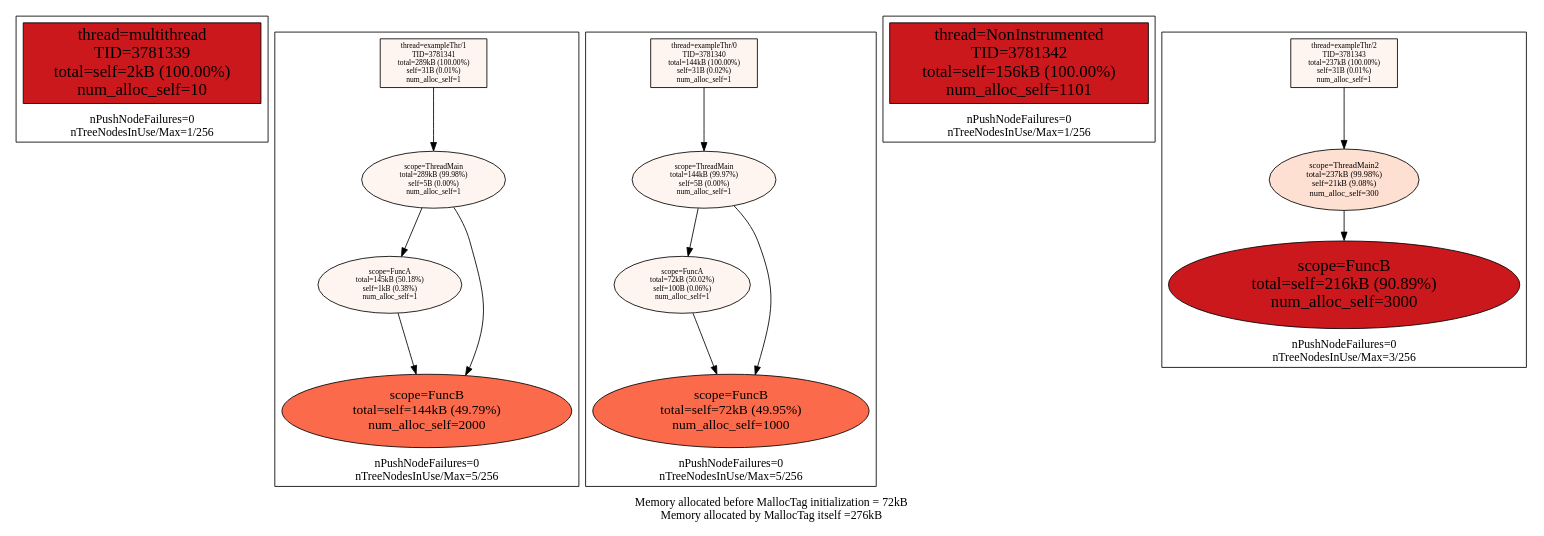
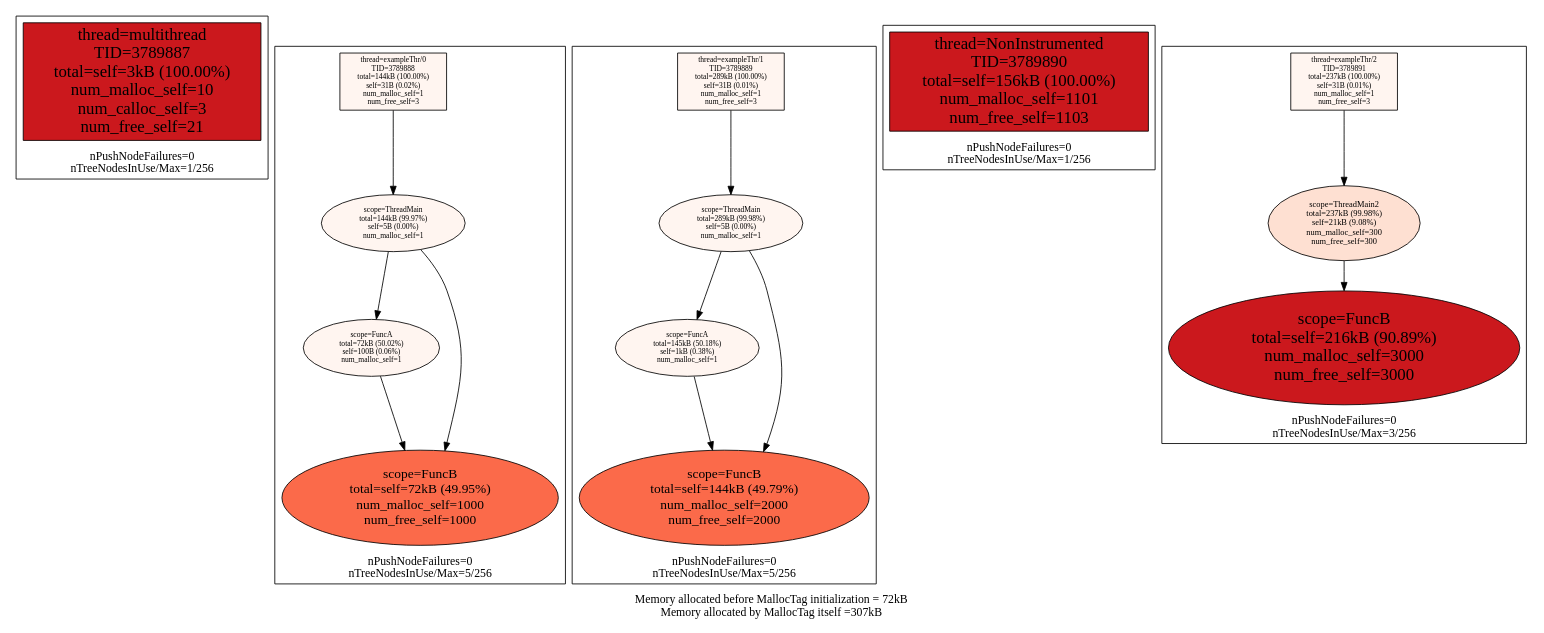
The diagram in examples/multithread/multithread_stats.dot (f18m/malloc-tag), drawn with Graphviz before and after one commit. The commit also changed 12 other files, not shown here.

Commit message:
Hook more primitives like realloc, calloc and free Provide stats about each type of operation

```diff
--- a/examples/multithread/multithread_stats.dot
+++ b/examples/multithread/multithread_stats.dot
@@ -1,60 +1,60 @@
 digraph MallocTree {
 node [colorscheme=reds9 style=filled]
 labelloc="b"
-label="Memory allocated before MallocTag initialization = 72kB\nMemory allocated by MallocTag itself =276kB\n"
-subgraph cluster_TID3781339 {
+label="Memory allocated before MallocTag initialization = 72kB\nMemory allocated by MallocTag itself =307kB\n"
+subgraph cluster_TID3789887 {
 node [colorscheme=reds9 style=filled]
 labelloc="b"
 label="nPushNodeFailures=0\nnTreeNodesInUse/Max=1/256\n"
-"3781339_multithread" [label="thread=multithread\nTID=3781339\ntotal=self=2kB (100.00%)\nnum_alloc_self=10" shape=box fillcolor=7 fontsize=20]
+"3789887_multithread" [label="thread=multithread\nTID=3789887\ntotal=self=3kB (100.00%)\nnum_malloc_self=10\nnum_calloc_self=3\nnum_free_self=21" shape=box fillcolor=7 fontsize=20]
 }
 
-subgraph cluster_TID3781341 {
+subgraph cluster_TID3789888 {
 node [colorscheme=reds9 style=filled]
 labelloc="b"
 label="nPushNodeFailures=0\nnTreeNodesInUse/Max=5/256\n"
-"3781341_exampleThr/1" [label="thread=exampleThr/1\nTID=3781341\ntotal=289kB (100.00%)\nself=31B (0.01%)\nnum_alloc_self=1" shape=box fillcolor=1 fontsize=9]
-"3781341_exampleThr/1" -> "3781341_ThreadMain"
-"3781341_ThreadMain" [label="scope=ThreadMain\ntotal=289kB (99.98%)\nself=5B (0.00%)\nnum_alloc_self=1" fillcolor=1 fontsize=9]
-"3781341_ThreadMain" -> "3781341_FuncA"
-"3781341_ThreadMain" -> "3781341_FuncB"
-"3781341_FuncA" [label="scope=FuncA\ntotal=145kB (50.18%)\nself=1kB (0.38%)\nnum_alloc_self=1" fillcolor=1 fontsize=9]
-"3781341_FuncA" -> "3781341_FuncB"
-"3781341_FuncB" [label="scope=FuncB\ntotal=self=144kB (49.79%)\nnum_alloc_self=2000" fillcolor=5 fontsize=16]
-"3781341_FuncB" [label="scope=FuncB\ntotal=self=144kB (49.79%)\nnum_alloc_self=2000" fillcolor=5 fontsize=16]
+"3789888_exampleThr/0" [label="thread=exampleThr/0\nTID=3789888\ntotal=144kB (100.00%)\nself=31B (0.02%)\nnum_malloc_self=1\nnum_free_self=3" shape=box fillcolor=1 fontsize=9]
+"3789888_exampleThr/0" -> "3789888_ThreadMain"
+"3789888_ThreadMain" [label="scope=ThreadMain\ntotal=144kB (99.97%)\nself=5B (0.00%)\nnum_malloc_self=1" fillcolor=1 fontsize=9]
+"3789888_ThreadMain" -> "3789888_FuncA"
+"3789888_ThreadMain" -> "3789888_FuncB"
+"3789888_FuncA" [label="scope=FuncA\ntotal=72kB (50.02%)\nself=100B (0.06%)\nnum_malloc_self=1" fillcolor=1 fontsize=9]
+"3789888_FuncA" -> "3789888_FuncB"
+"3789888_FuncB" [label="scope=FuncB\ntotal=self=72kB (49.95%)\nnum_malloc_self=1000\nnum_free_self=1000" fillcolor=5 fontsize=16]
+"3789888_FuncB" [label="scope=FuncB\ntotal=self=72kB (49.95%)\nnum_malloc_self=1000\nnum_free_self=1000" fillcolor=5 fontsize=16]
 }
 
-subgraph cluster_TID3781340 {
+subgraph cluster_TID3789889 {
 node [colorscheme=reds9 style=filled]
 labelloc="b"
 label="nPushNodeFailures=0\nnTreeNodesInUse/Max=5/256\n"
-"3781340_exampleThr/0" [label="thread=exampleThr/0\nTID=3781340\ntotal=144kB (100.00%)\nself=31B (0.02%)\nnum_alloc_self=1" shape=box fillcolor=1 fontsize=9]
-"3781340_exampleThr/0" -> "3781340_ThreadMain"
-"3781340_ThreadMain" [label="scope=ThreadMain\ntotal=144kB (99.97%)\nself=5B (0.00%)\nnum_alloc_self=1" fillcolor=1 fontsize=9]
-"3781340_ThreadMain" -> "3781340_FuncA"
-"3781340_ThreadMain" -> "3781340_FuncB"
-"3781340_FuncA" [label="scope=FuncA\ntotal=72kB (50.02%)\nself=100B (0.06%)\nnum_alloc_self=1" fillcolor=1 fontsize=9]
-"3781340_FuncA" -> "3781340_FuncB"
-"3781340_FuncB" [label="scope=FuncB\ntotal=self=72kB (49.95%)\nnum_alloc_self=1000" fillcolor=5 fontsize=16]
-"3781340_FuncB" [label="scope=FuncB\ntotal=self=72kB (49.95%)\nnum_alloc_self=1000" fillcolor=5 fontsize=16]
+"3789889_exampleThr/1" [label="thread=exampleThr/1\nTID=3789889\ntotal=289kB (100.00%)\nself=31B (0.01%)\nnum_malloc_self=1\nnum_free_self=3" shape=box fillcolor=1 fontsize=9]
+"3789889_exampleThr/1" -> "3789889_ThreadMain"
+"3789889_ThreadMain" [label="scope=ThreadMain\ntotal=289kB (99.98%)\nself=5B (0.00%)\nnum_malloc_self=1" fillcolor=1 fontsize=9]
+"3789889_ThreadMain" -> "3789889_FuncA"
+"3789889_ThreadMain" -> "3789889_FuncB"
+"3789889_FuncA" [label="scope=FuncA\ntotal=145kB (50.18%)\nself=1kB (0.38%)\nnum_malloc_self=1" fillcolor=1 fontsize=9]
+"3789889_FuncA" -> "3789889_FuncB"
+"3789889_FuncB" [label="scope=FuncB\ntotal=self=144kB (49.79%)\nnum_malloc_self=2000\nnum_free_self=2000" fillcolor=5 fontsize=16]
+"3789889_FuncB" [label="scope=FuncB\ntotal=self=144kB (49.79%)\nnum_malloc_self=2000\nnum_free_self=2000" fillcolor=5 fontsize=16]
 }
 
-subgraph cluster_TID3781342 {
+subgraph cluster_TID3789890 {
 node [colorscheme=reds9 style=filled]
 labelloc="b"
 label="nPushNodeFailures=0\nnTreeNodesInUse/Max=1/256\n"
-"3781342_NonInstrumented" [label="thread=NonInstrumented\nTID=3781342\ntotal=self=156kB (100.00%)\nnum_alloc_self=1101" shape=box fillcolor=7 fontsize=20]
+"3789890_NonInstrumented" [label="thread=NonInstrumented\nTID=3789890\ntotal=self=156kB (100.00%)\nnum_malloc_self=1101\nnum_free_self=1103" shape=box fillcolor=7 fontsize=20]
 }
 
-subgraph cluster_TID3781343 {
+subgraph cluster_TID3789891 {
 node [colorscheme=reds9 style=filled]
 labelloc="b"
 label="nPushNodeFailures=0\nnTreeNodesInUse/Max=3/256\n"
-"3781343_exampleThr/2" [label="thread=exampleThr/2\nTID=3781343\ntotal=237kB (100.00%)\nself=31B (0.01%)\nnum_alloc_self=1" shape=box fillcolor=1 fontsize=9]
-"3781343_exampleThr/2" -> "3781343_ThreadMain2"
-"3781343_ThreadMain2" [label="scope=ThreadMain2\ntotal=237kB (99.98%)\nself=21kB (9.08%)\nnum_alloc_self=300" fillcolor=2 fontsize=10]
-"3781343_ThreadMain2" -> "3781343_FuncB"
-"3781343_FuncB" [label="scope=FuncB\ntotal=self=216kB (90.89%)\nnum_alloc_self=3000" fillcolor=7 fontsize=20]
+"3789891_exampleThr/2" [label="thread=exampleThr/2\nTID=3789891\ntotal=237kB (100.00%)\nself=31B (0.01%)\nnum_malloc_self=1\nnum_free_self=3" shape=box fillcolor=1 fontsize=9]
+"3789891_exampleThr/2" -> "3789891_ThreadMain2"
+"3789891_ThreadMain2" [label="scope=ThreadMain2\ntotal=237kB (99.98%)\nself=21kB (9.08%)\nnum_malloc_self=300\nnum_free_self=300" fillcolor=2 fontsize=10]
+"3789891_ThreadMain2" -> "3789891_FuncB"
+"3789891_FuncB" [label="scope=FuncB\ntotal=self=216kB (90.89%)\nnum_malloc_self=3000\nnum_free_self=3000" fillcolor=7 fontsize=20]
 }
 
 }
```
